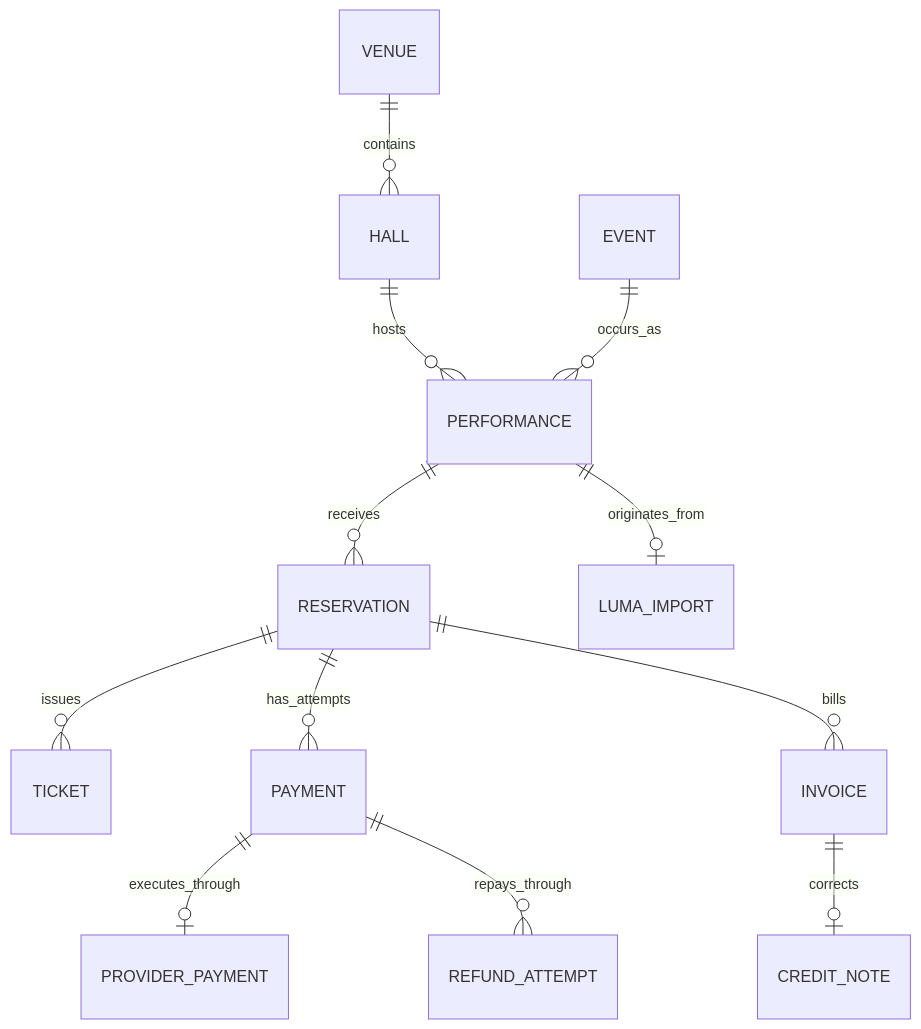
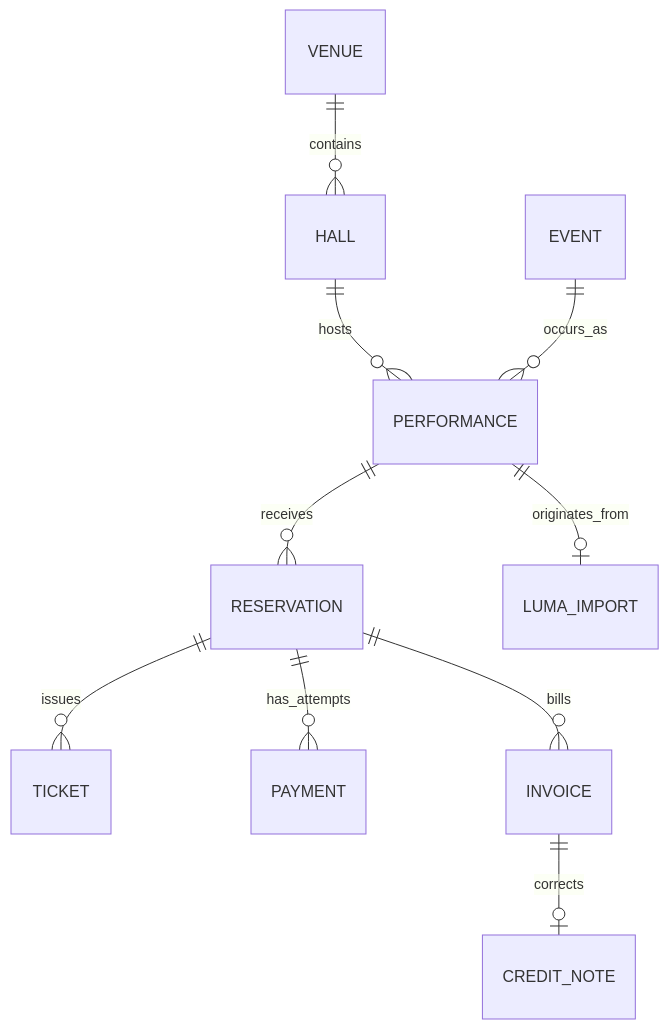
Before and after one commit to fluxzero-io/fluxzero-sample-ticketing: the diagram in docs/model.md, drawn with Mermaid. The commit also changed other lines of this file and 9 other files, not shown here.

````diff
--- a/docs/model.md
+++ b/docs/model.md
@@ -3,14 +3,12 @@
 ```mermaid
 erDiagram
     VENUE ||--o{ HALL : contains
     HALL ||--o{ PERFORMANCE : hosts
     EVENT ||--o{ PERFORMANCE : occurs_as
     PERFORMANCE ||--o{ RESERVATION : receives
     RESERVATION ||--o{ TICKET : issues
     RESERVATION ||--o{ PAYMENT : has_attempts
     RESERVATION ||--o{ INVOICE : bills
     INVOICE ||--o| CREDIT_NOTE : corrects
-    PAYMENT ||--o| PROVIDER_PAYMENT : executes_through
-    PAYMENT ||--o{ REFUND_ATTEMPT : repays_through
     PERFORMANCE ||--o| LUMA_IMPORT : originates_from
 ```
````
